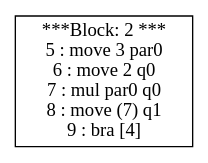
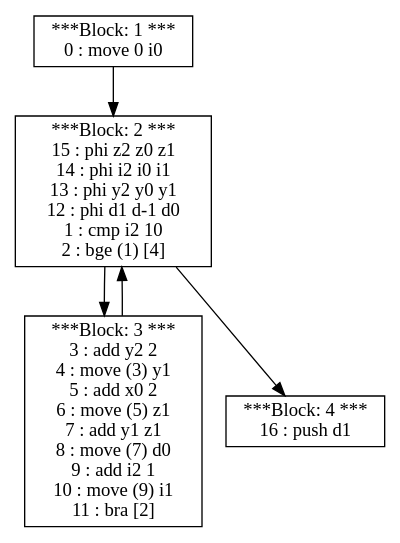
Before and after one commit to vigneshjathavara/PL241-Compiler: the diagram in src/Display/dotOutput_foo.gv, drawn with Graphviz. The commit also changed 22 other files, not shown here.

```diff
--- a/src/Display/dotOutput_foo.gv
+++ b/src/Display/dotOutput_foo.gv
@@ -1,4 +1,11 @@
 digraph structs {
-2 [shape=record,label="***Block: 2 ***\n5 : move 3 par0 \n6 : move 2 q0 \n7 : mul par0 q0 \n8 : move (7) q1 \n9 : bra [4]\n"]
+1 [shape=record,label="***Block: 1 ***\n0 : move 0 i0 \n"]
+2 [shape=record,label="***Block: 2 ***\n15 : phi z2 z0 z1 \n14 : phi i2 i0 i1 \n13 : phi y2 y0 y1 \n12 : phi d1 d-1 d0 \n1 : cmp i2 10 \n2 : bge (1) [4]\n"]
+3 [shape=record,label="***Block: 3 ***\n3 : add y2 2 \n4 : move (3) y1 \n5 : add x0 2 \n6 : move (5) z1 \n7 : add y1 z1 \n8 : move (7) d0 \n9 : add i2 1 \n10 : move (9) i1 \n11 : bra [2]\n"]
+4 [shape=record,label="***Block: 4 ***\n16 : push d1\n"]
+1 -> 2;
+2 -> 3;
+3 -> 2;
+2 -> 4;
 
 }
```
